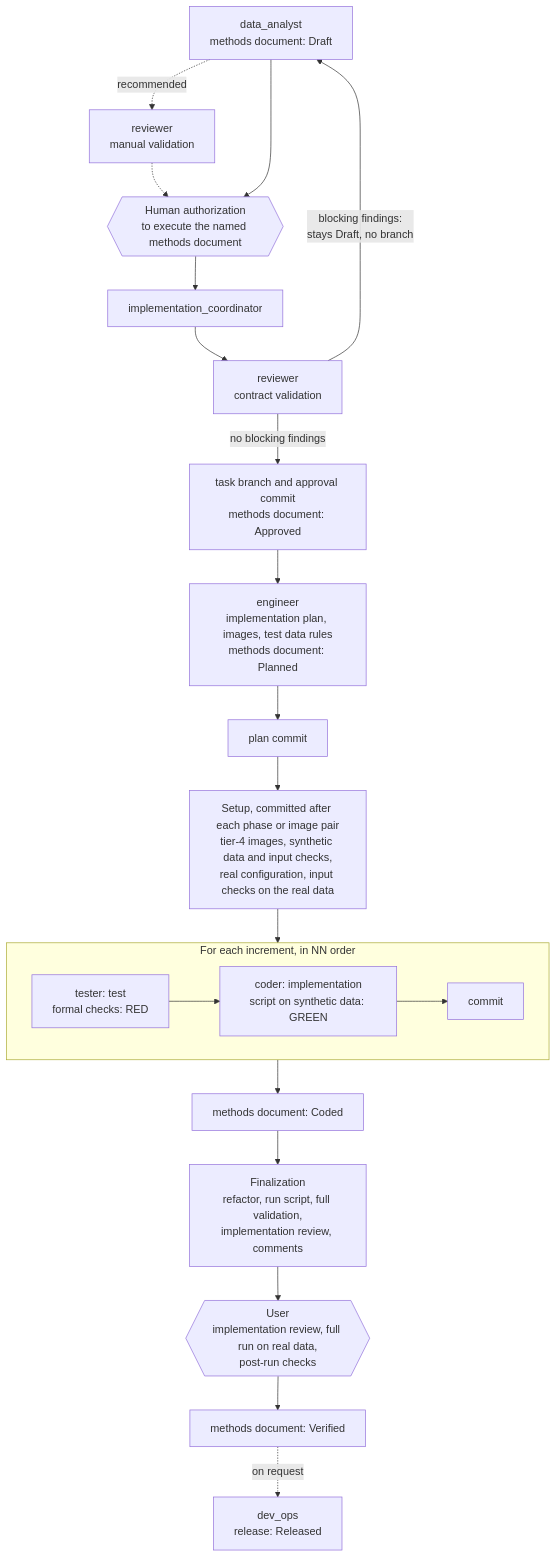
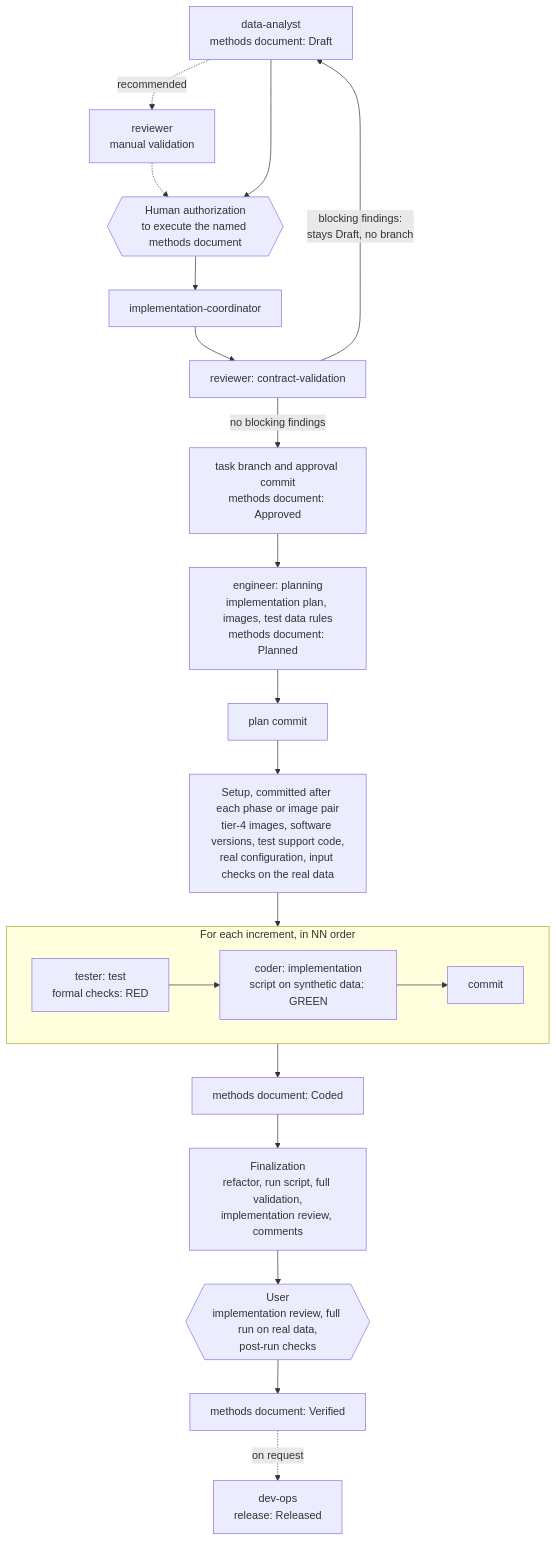
The second of 2 diagrams in README.md (yocra3/AI_agents), drawn with Mermaid before and after one commit. The commit also changed other lines of this file and 56 other files, not shown here.

````diff
--- a/README.md
+++ b/README.md
@@ -115,23 +111,23 @@
 ```mermaid
 flowchart TD
-    DA["data_analyst<br/>methods document: Draft"] -. recommended .-> MV["reviewer<br/>manual validation"]
+    DA["data-analyst<br/>methods document: Draft"] -. recommended .-> MV["reviewer<br/>manual validation"]
     MV -.-> HA
     DA --> HA{{"Human authorization<br/>to execute the named methods document"}}
-    HA --> IC["implementation_coordinator"]
-    IC --> RV["reviewer<br/>contract validation"]
+    HA --> IC["implementation-coordinator"]
+    IC --> RV["reviewer: contract-validation"]
     RV -- "blocking findings:<br/>stays Draft, no branch" --> DA
     RV -- "no blocking findings" --> AP["task branch and approval commit<br/>methods document: Approved"]
-    AP --> EN["engineer<br/>implementation plan, images, test data rules<br/>methods document: Planned"]
+    AP --> EN["engineer: planning<br/>implementation plan, images, test data rules<br/>methods document: Planned"]
     EN --> PC["plan commit"]
-    PC --> SE["Setup, committed after each phase or image pair<br/>tier-4 images, synthetic data and input checks,<br/>real configuration, input checks on the real data"]
+    PC --> SE["Setup, committed after each phase or image pair<br/>tier-4 images, software versions, test support code,<br/>real configuration, input checks on the real data"]
     SE --> INC
     subgraph INC ["For each increment, in NN order"]
         direction LR
         T["tester: test<br/>formal checks: RED"] --> C["coder: implementation<br/>script on synthetic data: GREEN"] --> CM["commit"]
     end
     INC --> CO["methods document: Coded"]
     CO --> FI["Finalization<br/>refactor, run script, full validation,<br/>implementation review, comments"]
     FI --> US{{"User<br/>implementation review, full run on real data,<br/>post-run checks"}}
     US --> VE["methods document: Verified"]
-    VE -. on request .-> DO["dev_ops<br/>release: Released"]
+    VE -. on request .-> DO["dev-ops<br/>release: Released"]
 ```
````
